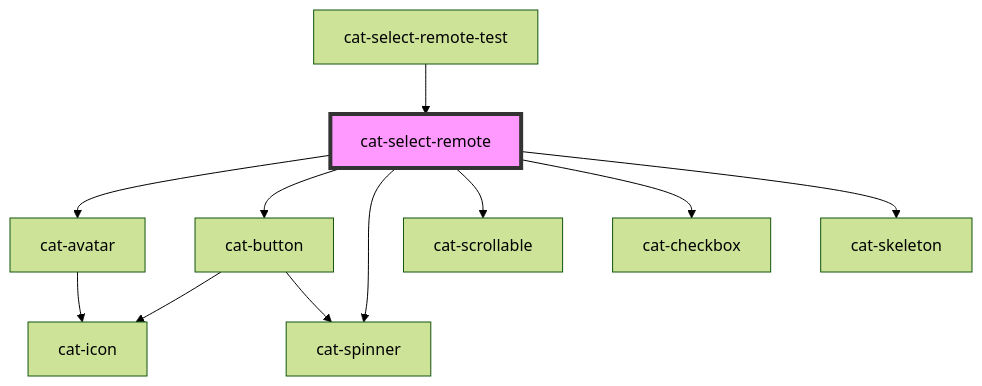
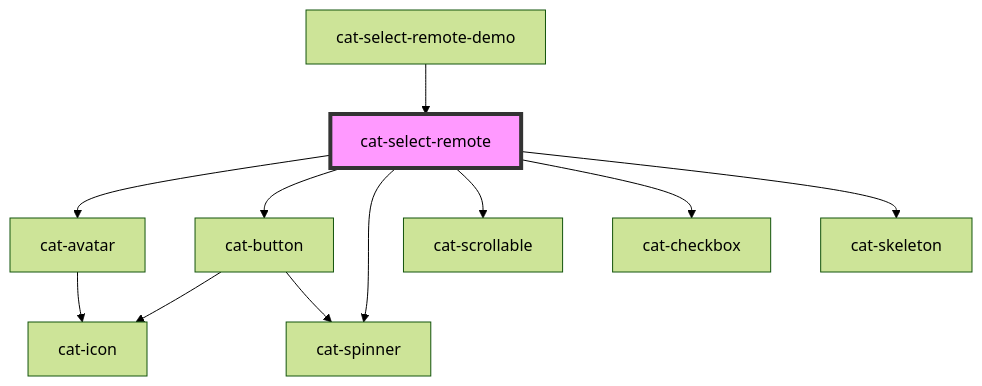
One commit to haiilo/catalyst changed the diagram in core/src/components/cat-select-remote/readme.md. Above: the diagram before and after it, drawn with Mermaid (forest theme). The commit also changed other lines of this file and 29 other files, not shown here.

````diff
--- a/core/src/components/cat-select-remote/readme.md
+++ b/core/src/components/cat-select-remote/readme.md
@@ -80,14 +80,14 @@
 ```mermaid
 graph TD;
   cat-select-remote --> cat-avatar
   cat-select-remote --> cat-button
   cat-select-remote --> cat-spinner
   cat-select-remote --> cat-scrollable
   cat-select-remote --> cat-checkbox
   cat-select-remote --> cat-skeleton
   cat-avatar --> cat-icon
   cat-button --> cat-icon
   cat-button --> cat-spinner
-  cat-select-remote-test --> cat-select-remote
+  cat-select-remote-demo --> cat-select-remote
   style cat-select-remote fill:#f9f,stroke:#333,stroke-width:4px
 ```
````
